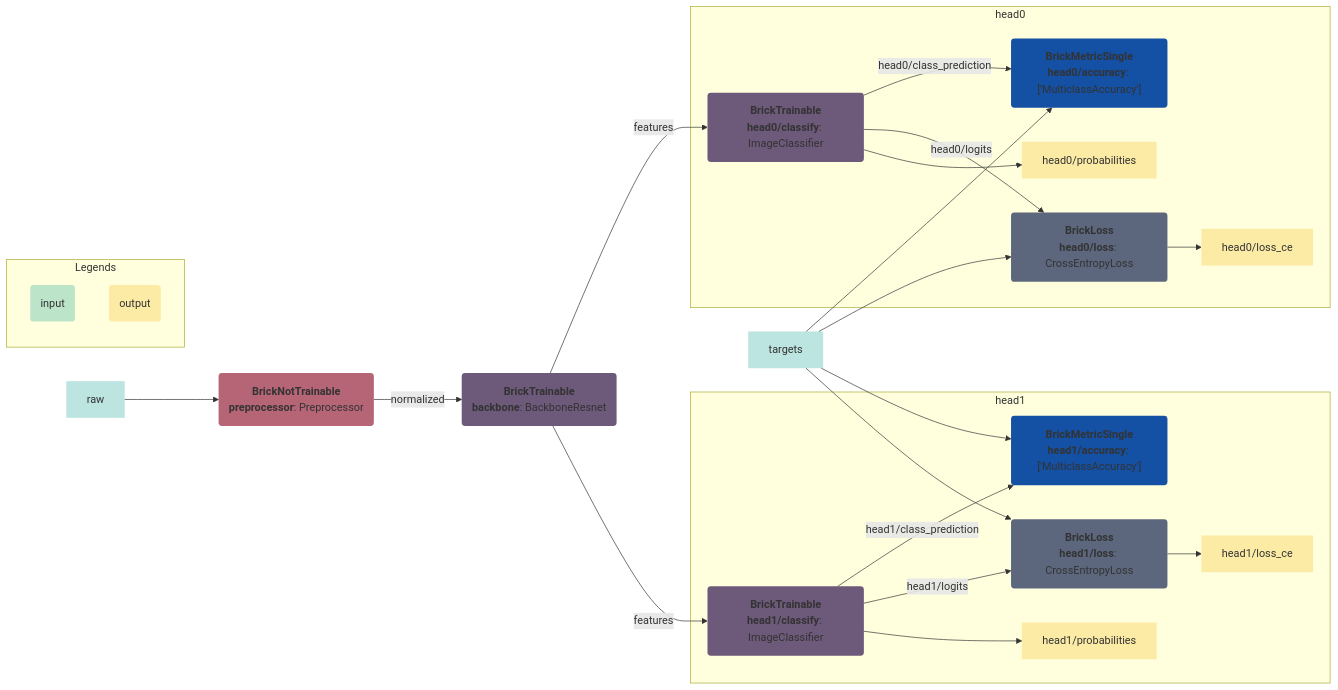
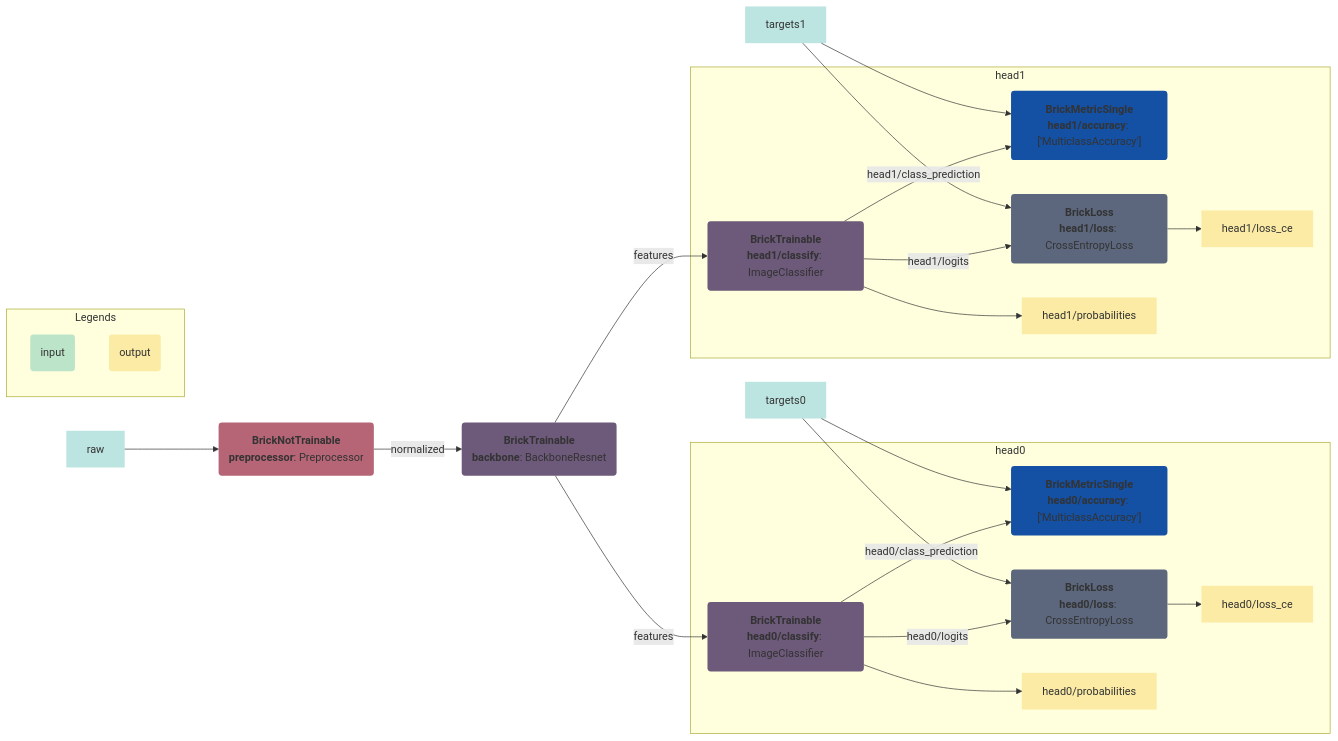
The fourth of 4 diagrams in README.md (pete-machine/torchbricks), drawn with Mermaid before and after one commit. The commit also changed other lines of this file and 3 other files, not shown here.

````diff
--- a/README.md
+++ b/README.md
@@ -490,51 +495,51 @@
 ```mermaid
 flowchart LR
     %% Brick definitions
     preprocessor("<strong>BrickNotTrainable</strong><br><strong>preprocessor</strong>: Preprocessor"):::BrickNotTrainable
     backbone("<strong>BrickTrainable</strong><br><strong>backbone</strong>: BackboneResnet"):::BrickTrainable
     head0/classify("<strong>BrickTrainable</strong><br><strong>head0/classify</strong>: ImageClassifier"):::BrickTrainable
     head0/accuracy("<strong>BrickMetricSingle</strong><br><strong>head0/accuracy</strong>: ['MulticlassAccuracy']"):::BrickMetricSingle
     head0/loss("<strong>BrickLoss</strong><br><strong>head0/loss</strong>: CrossEntropyLoss"):::BrickLoss
     head1/classify("<strong>BrickTrainable</strong><br><strong>head1/classify</strong>: ImageClassifier"):::BrickTrainable
     head1/accuracy("<strong>BrickMetricSingle</strong><br><strong>head1/accuracy</strong>: ['MulticlassAccuracy']"):::BrickMetricSingle
     head1/loss("<strong>BrickLoss</strong><br><strong>head1/loss</strong>: CrossEntropyLoss"):::BrickLoss
     
     %% Draw input and outputs
     raw:::input --> preprocessor
-    targets:::input --> head0/accuracy
-    targets:::input --> head0/loss
-    targets:::input --> head1/accuracy
-    targets:::input --> head1/loss
+    targets0:::input --> head0/accuracy
+    targets0:::input --> head0/loss
+    targets1:::input --> head1/accuracy
+    targets1:::input --> head1/loss
     
     %% Draw nodes and edges
     preprocessor --> |normalized| backbone
     backbone --> |features| head0/classify
     backbone --> |features| head1/classify
     subgraph head0
         head0/classify --> |head0/class_prediction| head0/accuracy
         head0/classify --> |head0/logits| head0/loss
         head0/classify --> head0/probabilities:::output
         head0/loss --> head0/loss_ce:::output
     end
     subgraph head1
         head1/classify --> |head1/class_prediction| head1/accuracy
         head1/classify --> |head1/logits| head1/loss
         head1/classify --> head1/probabilities:::output
         head1/loss --> head1/loss_ce:::output
     end
     
     %% Add styling
     classDef arrow stroke-width:0px,fill-opacity:0.0 
     classDef input stroke-width:0px,fill-opacity:0.3,fill:#22A699 
     classDef output stroke-width:0px,fill-opacity:0.3,fill:#F2BE22 
     classDef BrickNotTrainable stroke-width:0px,fill:#B56576 
     classDef BrickTrainable stroke-width:0px,fill:#6D597A 
     classDef BrickMetricSingle stroke-width:0px,fill:#1450A3 
     classDef BrickLoss stroke-width:0px,fill:#5C677D 
     
     %% Add legends
     subgraph Legends
         input(input):::input
         output(output):::output
     end
 ```
````
